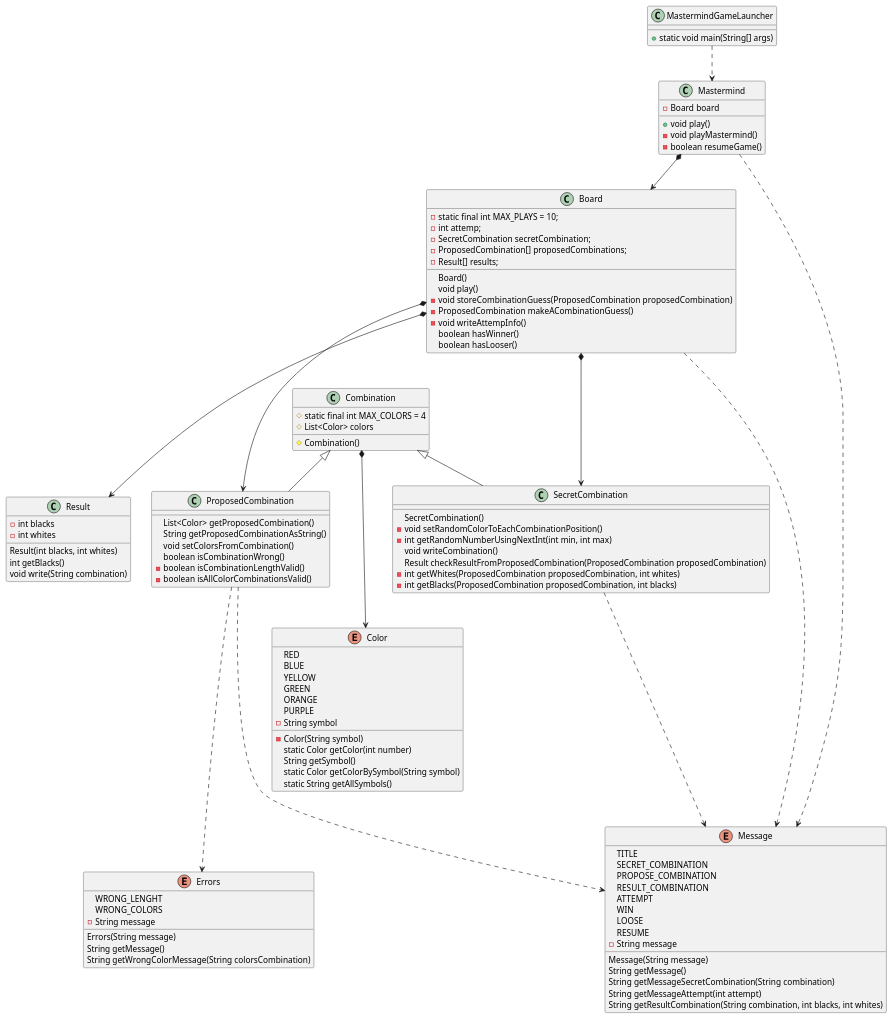
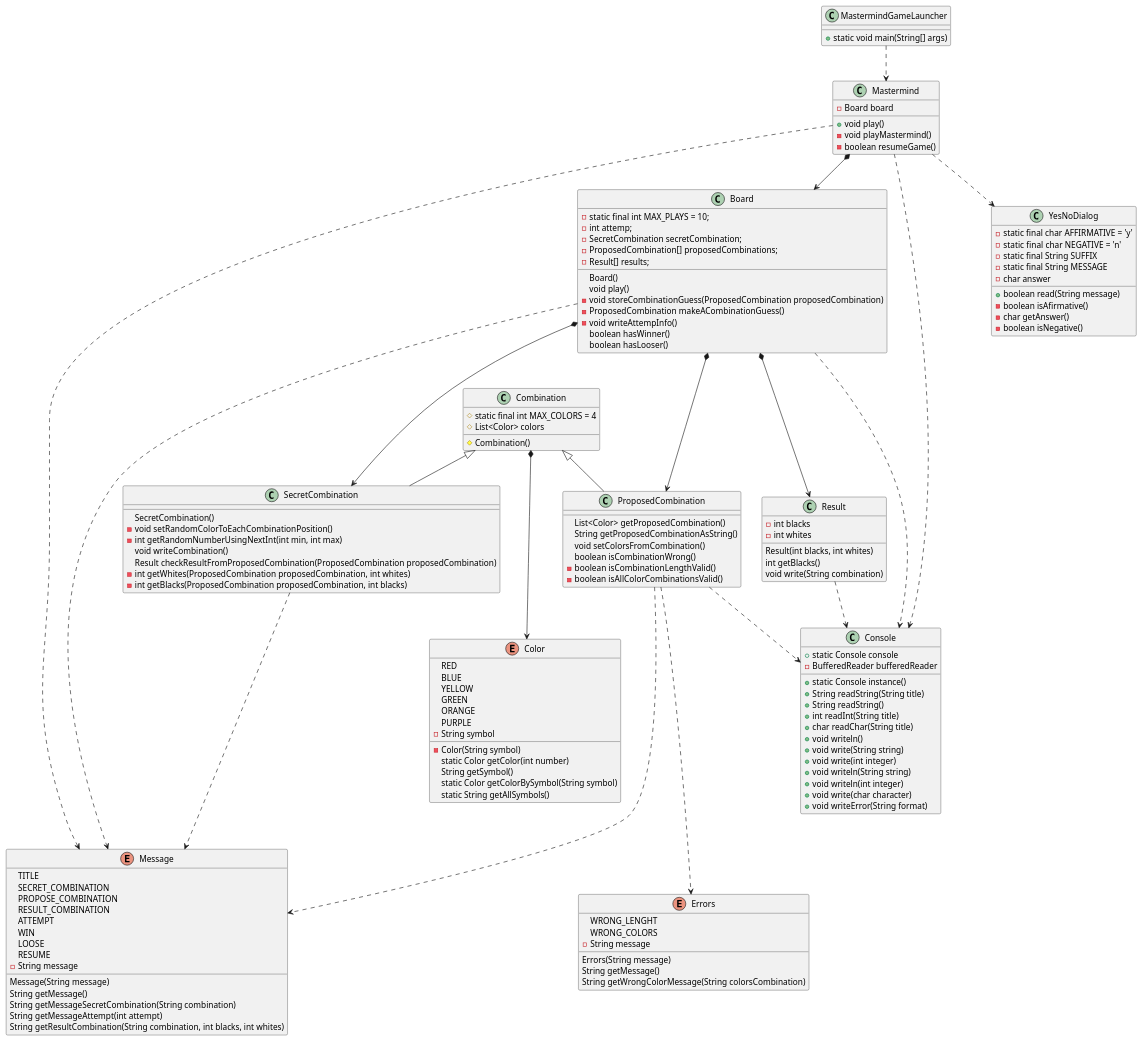
Before and after one commit to zuldare/masterCloudURJC-1-calidad-softwar: the diagram in diagrams/MastermindClassDiagram.puml, drawn with PlantUML.

Commit message:
Added console relationships

```diff
--- a/diagrams/MastermindClassDiagram.puml
+++ b/diagrams/MastermindClassDiagram.puml
@@ -1,120 +1,154 @@
 @startuml
 
 class MastermindGameLauncher {
   + static void main(String[] args)
 }
 
 class Mastermind {
   - Board board
   + void play()
   - void playMastermind()
   - boolean resumeGame()
 }
 
 class Board {
   - static final int MAX_PLAYS = 10;
   - int attemp;
   - SecretCombination secretCombination;
   - ProposedCombination[] proposedCombinations;
   - Result[] results;
   Board()
   void play()
   - void storeCombinationGuess(ProposedCombination proposedCombination)
   - ProposedCombination makeACombinationGuess()
   - void writeAttempInfo()
   boolean hasWinner()
   boolean hasLooser()
 }
 
 enum Color {
   RED
   BLUE
   YELLOW
   GREEN
   ORANGE
   PURPLE
   - String symbol
   - Color(String symbol)
   static Color getColor(int number)
   String getSymbol()
   static Color getColorBySymbol(String symbol)
   static String getAllSymbols()
 }
 
 class Combination {
   # static final int MAX_COLORS = 4
   # List<Color> colors
   # Combination()
 }
 
 class ProposedCombination  {
   List<Color> getProposedCombination()
   String getProposedCombinationAsString()
   void setColorsFromCombination()
   boolean isCombinationWrong()
   - boolean isCombinationLengthValid()
   - boolean isAllColorCombinationsValid()
 }
 
 class SecretCombination  {
   SecretCombination()
   - void setRandomColorToEachCombinationPosition()
   - int getRandomNumberUsingNextInt(int min, int max)
   void writeCombination()
   Result checkResultFromProposedCombination(ProposedCombination proposedCombination)
   - int getWhites(ProposedCombination proposedCombination, int whites)
   - int getBlacks(ProposedCombination proposedCombination, int blacks)
 }
 
 class Result {
   - int blacks
   - int whites
   Result(int blacks, int whites)
   int getBlacks()
   void write(String combination)
 }
 
 enum Errors {
   WRONG_LENGHT
   WRONG_COLORS
   - String message
   Errors(String message)
   String getMessage()
   String getWrongColorMessage(String colorsCombination)
 }
 
 enum Message {
   TITLE
   SECRET_COMBINATION
   PROPOSE_COMBINATION
   RESULT_COMBINATION
   ATTEMPT
   WIN
   LOOSE
   RESUME
   - String message
   Message(String message)
   String getMessage()
   String getMessageSecretCombination(String combination)
   String getMessageAttempt(int attempt)
   String getResultCombination(String combination, int blacks, int whites)
 }
 
+class Console {
+	+ static Console console
+	+ static Console instance()
+	- BufferedReader bufferedReader
+	+ String readString(String title)
+	+ String readString()
+	+ int readInt(String title)
+	+ char readChar(String title)
+	+ void writeln()
+	+ void write(String string)
+	+ void write(int integer)
+	+ void writeln(String string)
+	+ void writeln(int integer)
+	+ void write(char character)
+	+ void writeError(String format)
+}
+
+class YesNoDialog {
+	- static final char AFFIRMATIVE = 'y'
+	- static final char NEGATIVE = 'n'
+	- static final String SUFFIX
+	- static final String MESSAGE
+	- char answer
+	+ boolean read(String message)
+	- boolean isAfirmative()
+	- char getAnswer()
+	- boolean isNegative()
+}
+
 MastermindGameLauncher ..> Mastermind
 Mastermind *-down-> Board
 
 Combination <|-- SecretCombination
 Combination <|-- ProposedCombination
 Board *---> SecretCombination
 Board *---> ProposedCombination
 Board *-down--> Result
 Combination *---> Color
 
 Mastermind ...> Message
 Board ...> Message
 SecretCombination ...> Message
 ProposedCombination ...> Message
 ProposedCombination ...> Errors
 
+Mastermind ..> Console
+Mastermind ..> YesNoDialog
+Board ..> Console
+ProposedCombination ..> Console
+Result ..> Console
 
 @enduml
```
